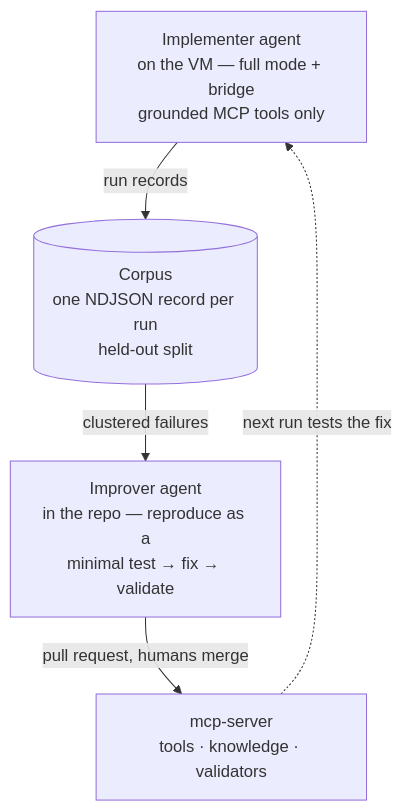
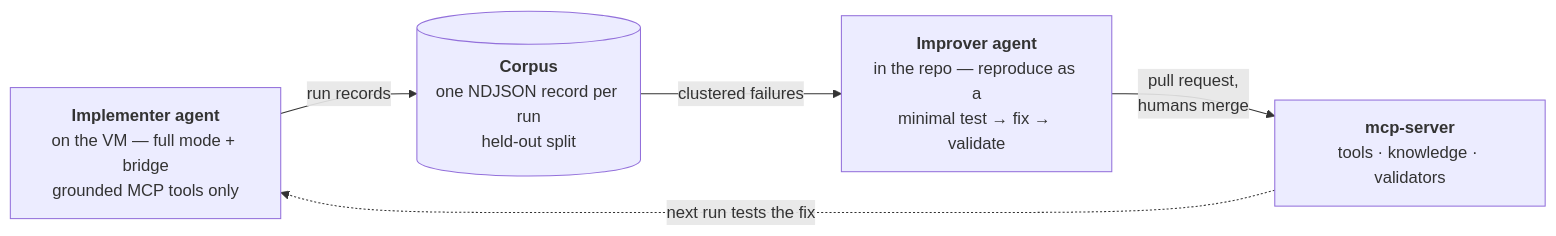
One commit to dynamics365ninja/d365fo-mcp-server changed the sixth of 7 diagrams in docs/ARCHITECTURE.md. Above: the diagram before and after it, drawn with Mermaid. The commit also changed other lines of this file and 24 other files, not shown here.

First line of the commit message:
docs: rework README and docs layout, redraw broken diagrams

````diff
--- a/docs/ARCHITECTURE.md
+++ b/docs/ARCHITECTURE.md
@@ -184,7 +294,7 @@
 ```mermaid
-graph TB
-    IMPL["Implementer agent\non the VM — full mode + bridge\ngrounded MCP tools only"] -->|run records| CORP[("Corpus\none NDJSON record per run\nheld-out split")]
-    CORP -->|clustered failures| IMPV["Improver agent\nin the repo — reproduce as a\nminimal test → fix → validate"]
-    IMPV -->|pull request, humans merge| SRV["mcp-server\ntools · knowledge · validators"]
-    SRV -.->|next run tests the fix| IMPL
+flowchart LR
+    IMPL["<b>Implementer agent</b><br/>on the VM — full mode + bridge<br/>grounded MCP tools only"] -- "run records" --> CORP[("<b>Corpus</b><br/>one NDJSON record per run<br/>held-out split")]
+    CORP -- "clustered failures" --> IMPV["<b>Improver agent</b><br/>in the repo — reproduce as a<br/>minimal test → fix → validate"]
+    IMPV -- "pull request,<br/>humans merge" --> SRV["<b>mcp-server</b><br/>tools · knowledge · validators"]
+    SRV -. "next run tests the fix" .-> IMPL
 ```
````
